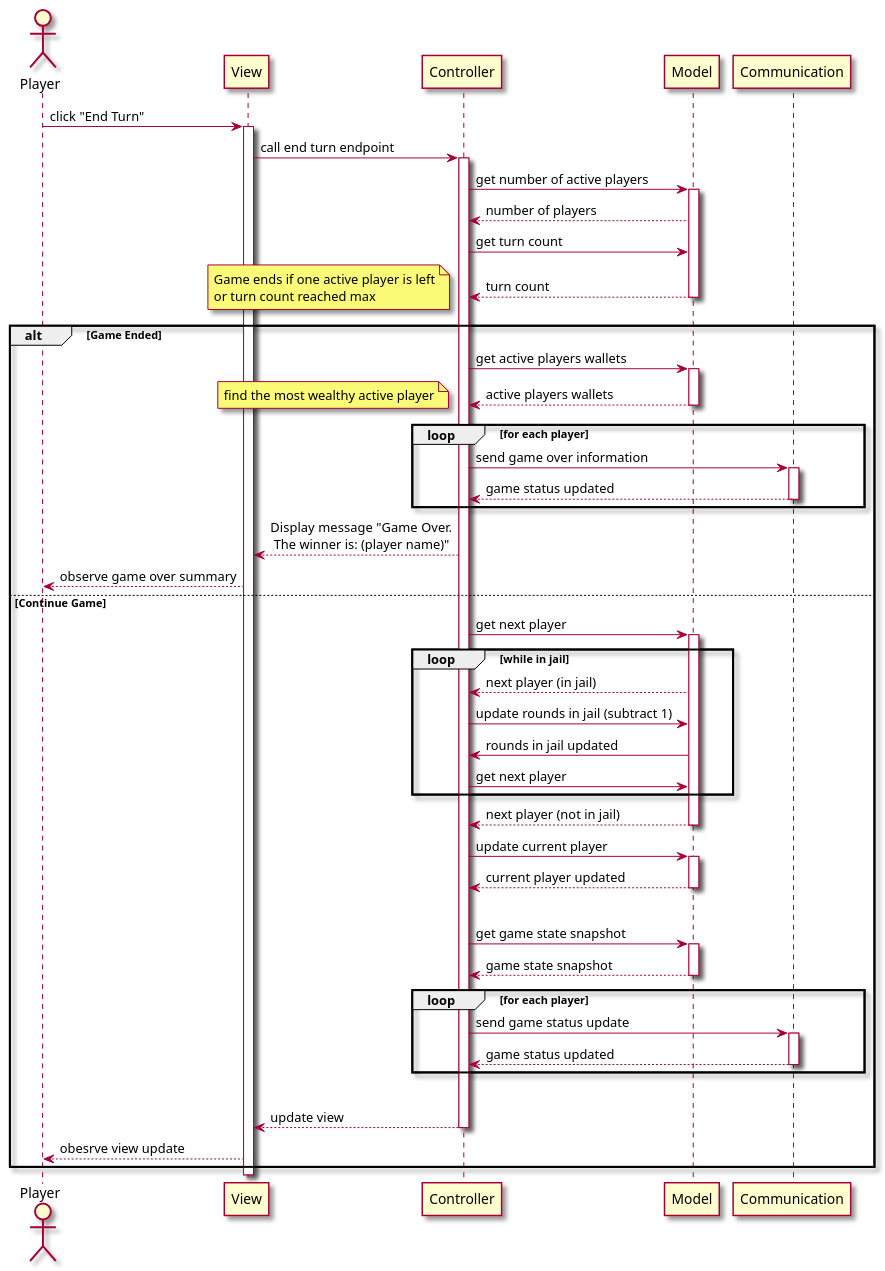
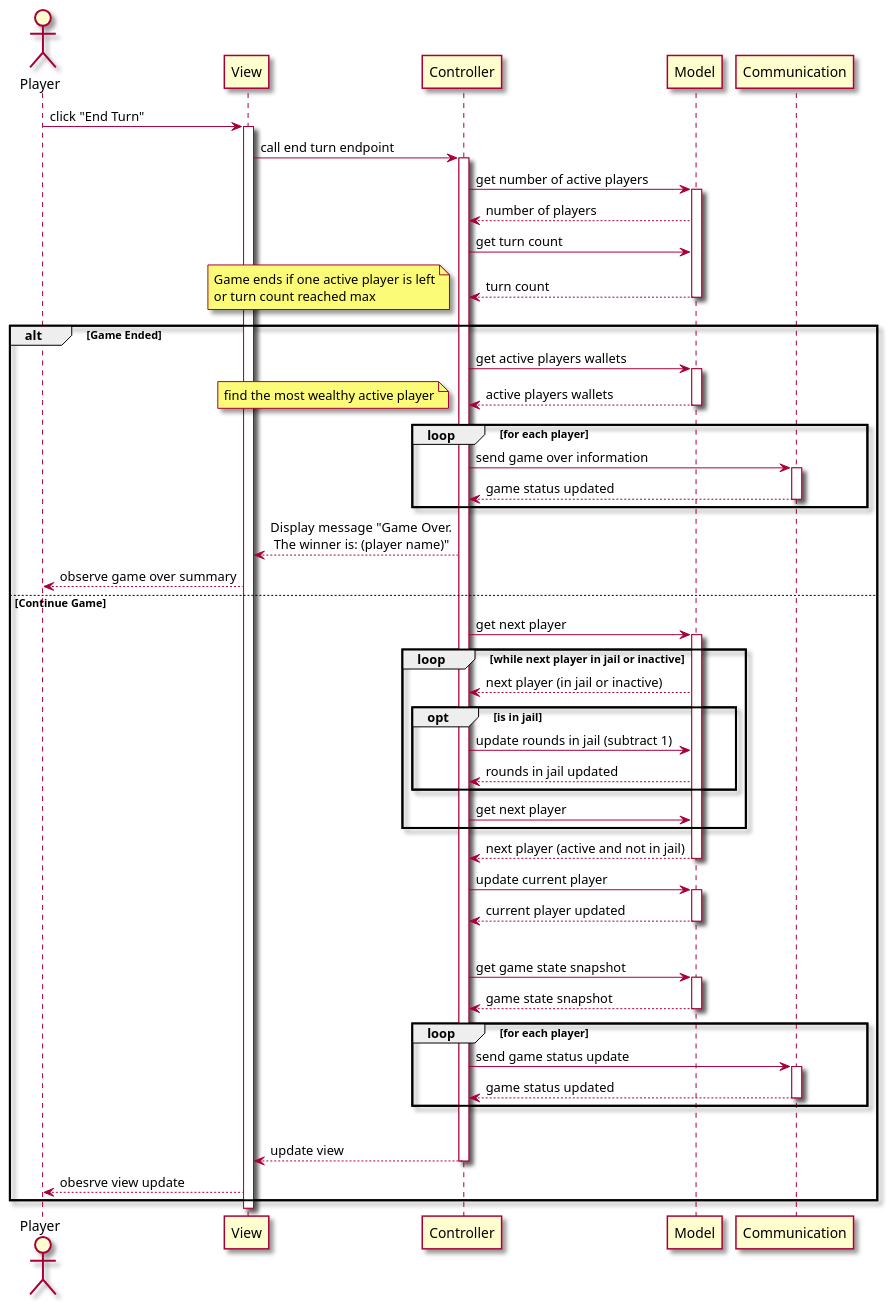
The diagram in uml/sequence/sequence_end_turn.puml (Konrad-Swiercz/Monopoly-Grupa-D), drawn with PlantUML before and after one commit. The commit also changed 1 other file, not shown here.

Commit message:
minor corrections to sequence UML diagrams

```diff
--- a/uml/sequence/sequence_end_turn.puml
+++ b/uml/sequence/sequence_end_turn.puml
@@ -1,49 +1,48 @@
 @startuml
 
 skin rose
 
 actor Player
 
 Player -> View++: click "End Turn"
 View -> Controller++: call end turn endpoint
 Controller -> Model++: get number of active players
 Model --> Controller: number of players
 Controller -> Model: get turn count
 Model --> Controller--: turn count
 note left: Game ends if one active player is left\nor turn count reached max
 alt Game Ended
   Controller -> Model++: get active players wallets
   Model --> Controller--: active players wallets
   note left: find the most wealthy active player
   loop for each player
           Controller -> Communication ++: send game over information
           Communication --> Controller--: game status updated
   end
   Controller --> View: Display message "Game Over.\n The winner is: (player name)"
   View --> Player: observe game over summary
 else Continue Game
   Controller -> Model++: get next player
-  loop while in jail
-  Model --> Controller: next player (in jail)
-  Controller -> Model: update rounds in jail (subtract 1)
-  Model -> Controller: rounds in jail updated
-  Controller -> Model: get next player
+  loop while next player in jail or inactive
+    Model --> Controller: next player (in jail or inactive)
+    opt is in jail
+      Controller -> Model: update rounds in jail (subtract 1)
+      Model --> Controller: rounds in jail updated
+    end
+    Controller -> Model: get next player
   end
-  Model --> Controller--: next player (not in jail)
+  Model --> Controller--: next player (active and not in jail)
   Controller -> Model++: update current player
   Model --> Controller--: current player updated
   |||
   Controller -> Model++: get game state snapshot
   Model --> Controller--: game state snapshot
-
   loop for each player
           Controller -> Communication ++: send game status update
           Communication --> Controller--: game status updated
   end
   |||
-
   Controller --> View--: update view
   View --> Player: obesrve view update
 end
-
 @enduml
```
